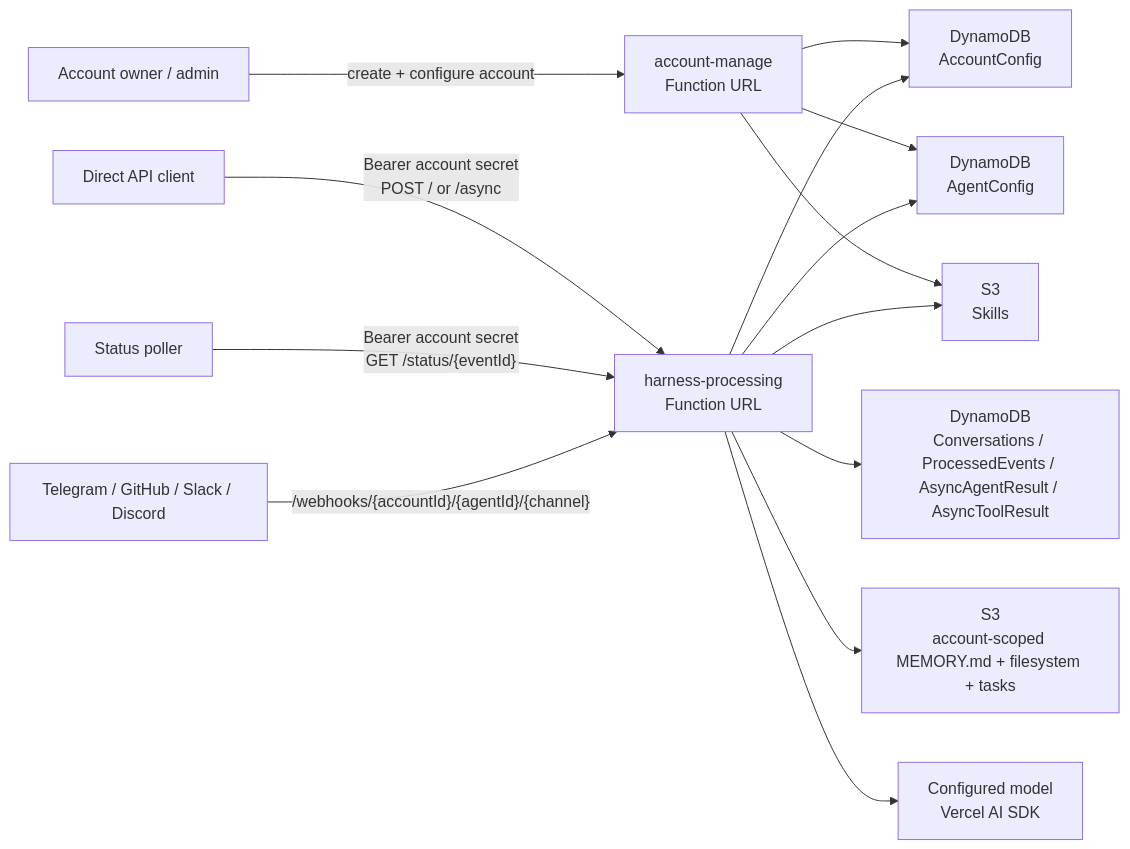
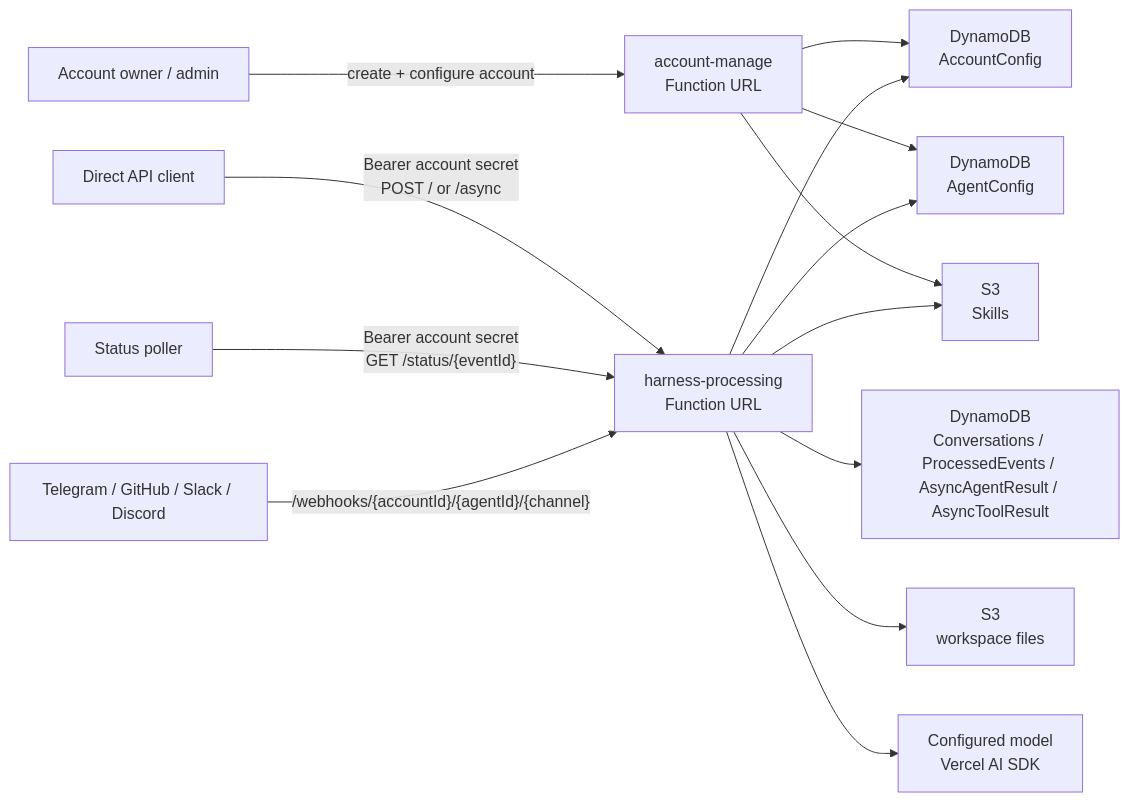
Before and after one commit to beeblastco/broods: the diagram in README.md, drawn with Mermaid. The commit also changed other lines of this file and 41 other files, not shown here.

First line of the commit message:
feat: stage skills into sandbox with publish-back, drop memory/tasks tools

````diff
--- a/README.md
+++ b/README.md
@@ -27,17 +27,17 @@
 ```mermaid
 flowchart LR
   Admin["Account owner / admin"] -->|"create + configure account"| Manage["account-manage<br/>Function URL"]
   Client["Direct API client"] -->|"Bearer account secret<br/>POST / or /async"| Harness["harness-processing<br/>Function URL"]
   Status["Status poller"] -->|"Bearer account secret<br/>GET /status/{eventId}"| Harness
   Provider["Telegram / GitHub / Slack / Discord"] -->|"/webhooks/{accountId}/{agentId}/{channel}"| Harness
 
   Manage --> Accounts["DynamoDB<br/>AccountConfig"]
   Manage --> Agents["DynamoDB<br/>AgentConfig"]
   Manage --> Skills["S3<br/>Skills"]
   Harness --> Accounts
   Harness --> Agents
   Harness --> Skills["S3<br/>Skills"]
   Harness --> Conversations["DynamoDB<br/>Conversations / ProcessedEvents / AsyncAgentResult / AsyncToolResult"]
-  Harness --> Memory["S3<br/>account-scoped MEMORY.md + filesystem + tasks"]
+  Harness --> Workspace["S3<br/>workspace files"]
   Harness --> Model["Configured model<br/>Vercel AI SDK"]
 ```
````
